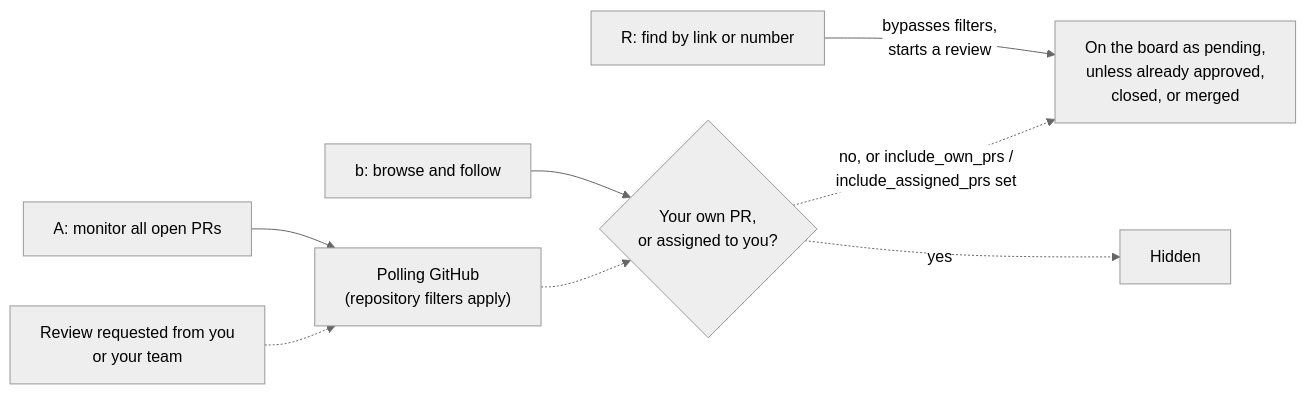
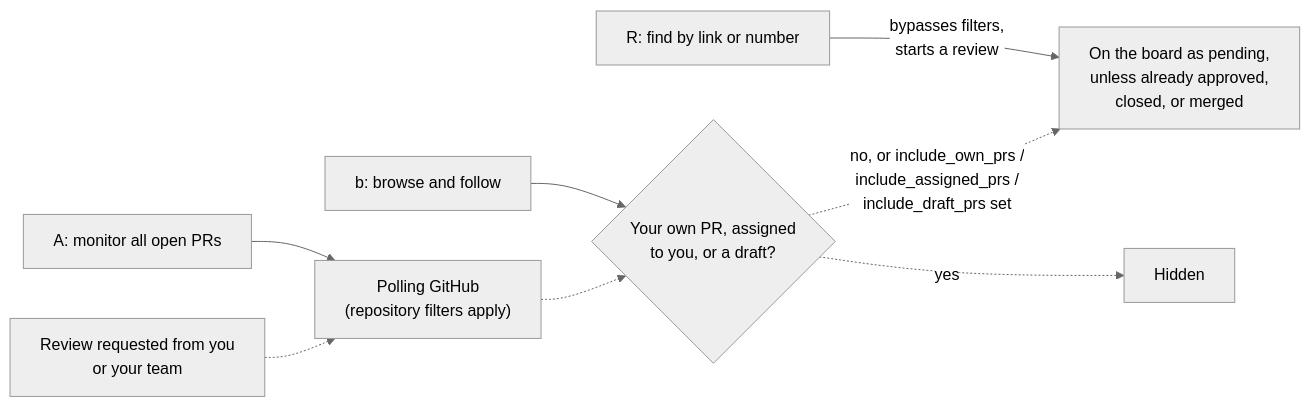
One commit to heikkitoivonen/diffbutler changed the diagram in docs/diagrams/pr-arrival.mmd. Above: the diagram before and after it, drawn with Mermaid (neutral theme). The commit also changed 14 other files, not shown here.

First line of the commit message:
Hide draft PRs from the review queue by default

```diff
--- a/docs/diagrams/pr-arrival.mmd
+++ b/docs/diagrams/pr-arrival.mmd
@@ -1,10 +1,10 @@
 flowchart LR
     request["Review requested from you<br/>or your team"] -.-> poll
     all["A: monitor all open PRs"] --> poll
     poll["Polling GitHub<br/>(repository filters apply)"] -.-> filter
     follow["b: browse and follow"] --> filter
-    filter{"Your own PR,<br/>or assigned to you?"}
-    filter -.->|"no, or include_own_prs /<br/>include_assigned_prs set"| board
+    filter{"Your own PR, assigned<br/>to you, or a draft?"}
+    filter -.->|"no, or include_own_prs /<br/>include_assigned_prs /<br/>include_draft_prs set"| board
     filter -.->|"yes"| hidden["Hidden"]
     find["R: find by link or number"] -->|"bypasses filters,<br/>starts a review"| board
     board["On the board as pending,<br/>unless already approved,<br/>closed, or merged"]
```
